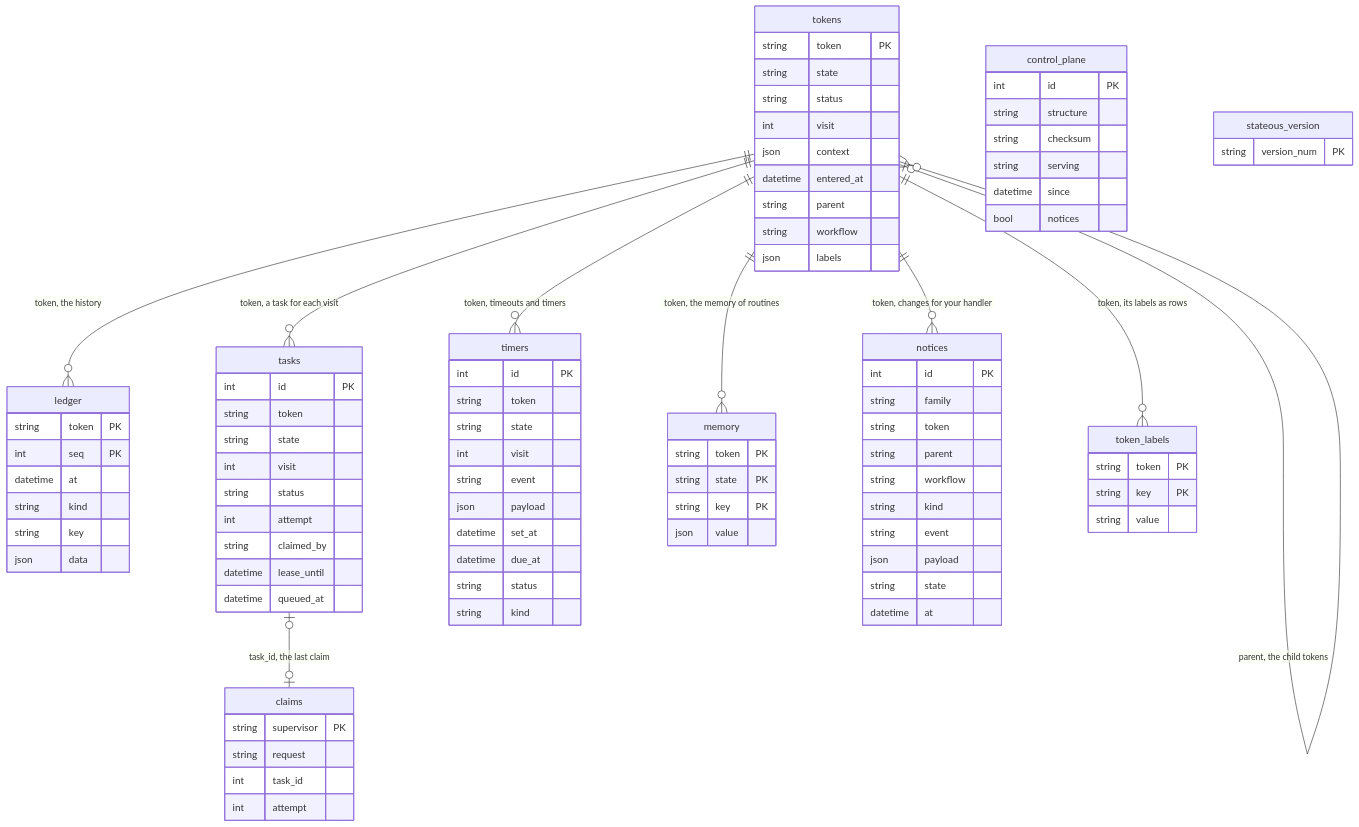
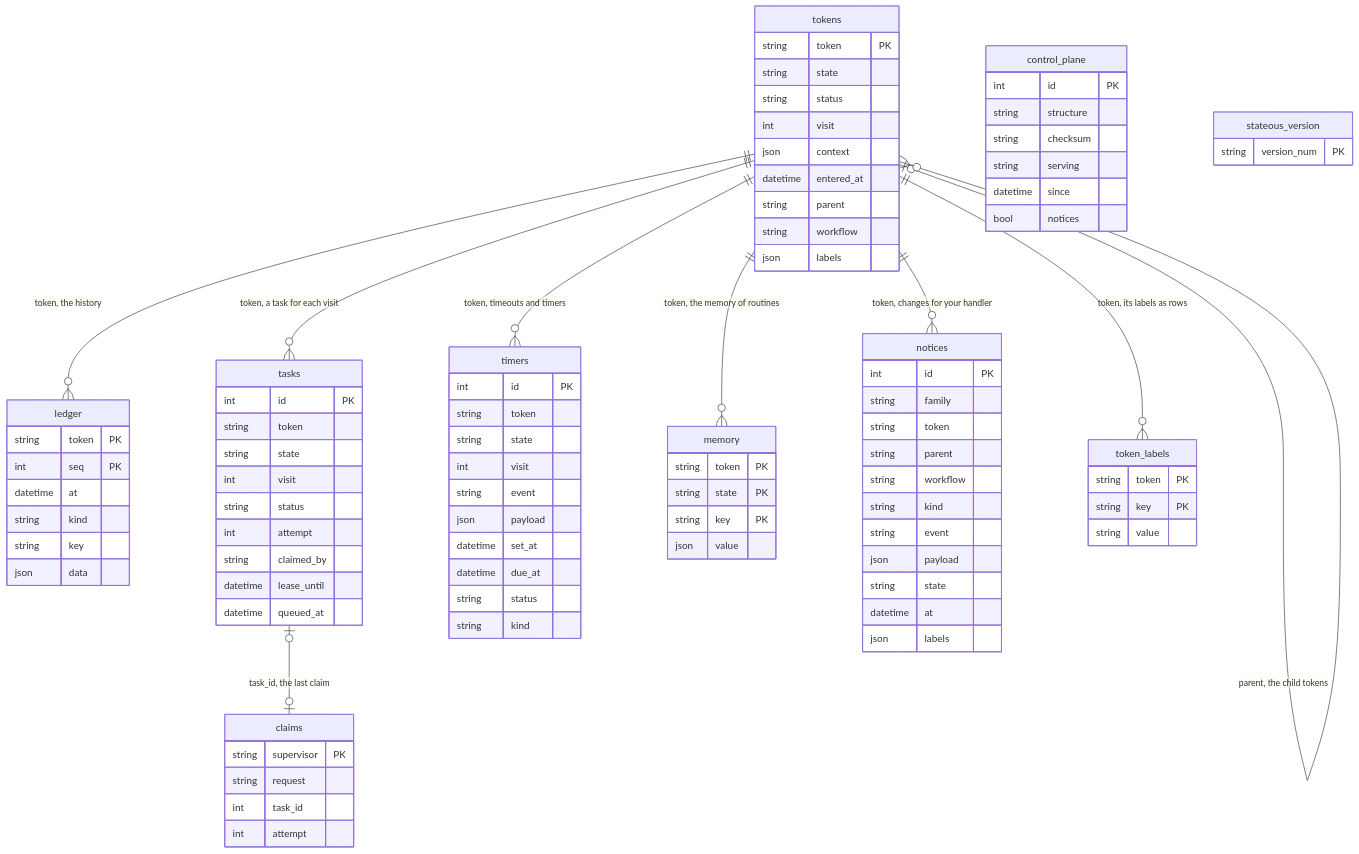
One commit to StateousLabs/stateous changed the first of 2 diagrams in docs/inside/data.md. Above: the diagram before and after it, drawn with Mermaid. The commit also changed 15 other files, not shown here.

```diff
--- a/docs/inside/data.md
+++ b/docs/inside/data.md
@@ -97,6 +97,7 @@
         json payload
         string state
         datetime at
+        json labels
     }
     stateous_version {
         string version_num PK
```
